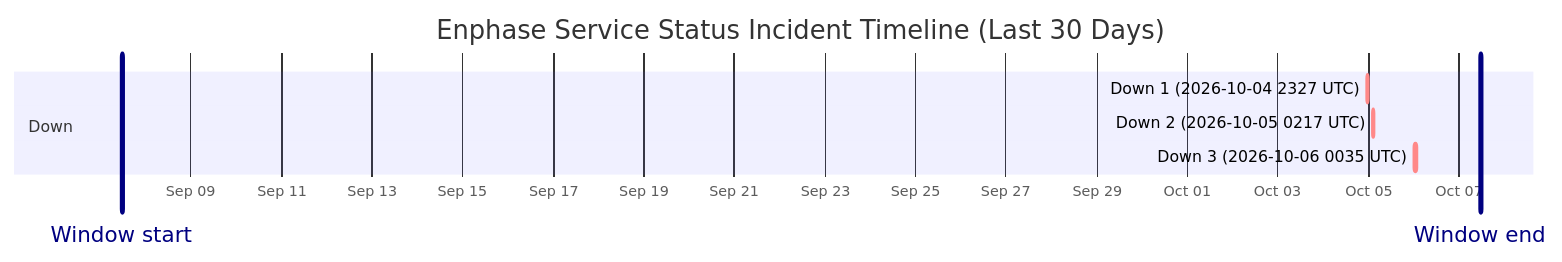
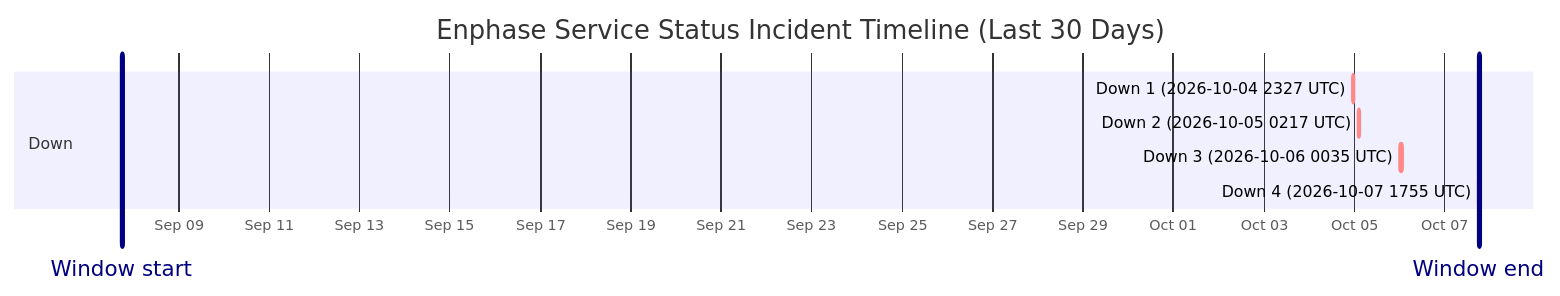
Before and after one commit to barneyonline/ha-enphase-energy: the diagram in wiki/Service-Status-History.md, drawn with Mermaid. The commit also changed other lines of this file and 5 other files, not shown here.

````diff
--- a/wiki/Service-Status-History.md
+++ b/wiki/Service-Status-History.md
@@ -14,12 +14,13 @@
 ```mermaid
 gantt
     title Enphase Service Status Incident Timeline (Last 30 Days)
     dateFormat  YYYY-MM-DDTHH:mm:ss
     axisFormat  %b %d
-    Window start :vert, window-start, 2026-09-07T11:15:24, 0ms
-    Window end :vert, window-end, 2026-10-07T11:15:24, 0ms
+    Window start :vert, window-start, 2026-09-07T17:55:16, 0ms
+    Window end :vert, window-end, 2026-10-07T17:55:16, 0ms
     section Down
     Down 1 (2026-10-04 2327 UTC) :crit, down-1, 2026-10-04T23:27:34, 60m
     Down 2 (2026-10-05 0217 UTC) :crit, down-2, 2026-10-05T02:17:30, 60m
     Down 3 (2026-10-06 0035 UTC) :crit, down-3, 2026-10-06T00:35:21, 60m
+    Down 4 (2026-10-07 1755 UTC) :crit, down-4, 2026-10-07T17:55:16, 60m
 ```
````
